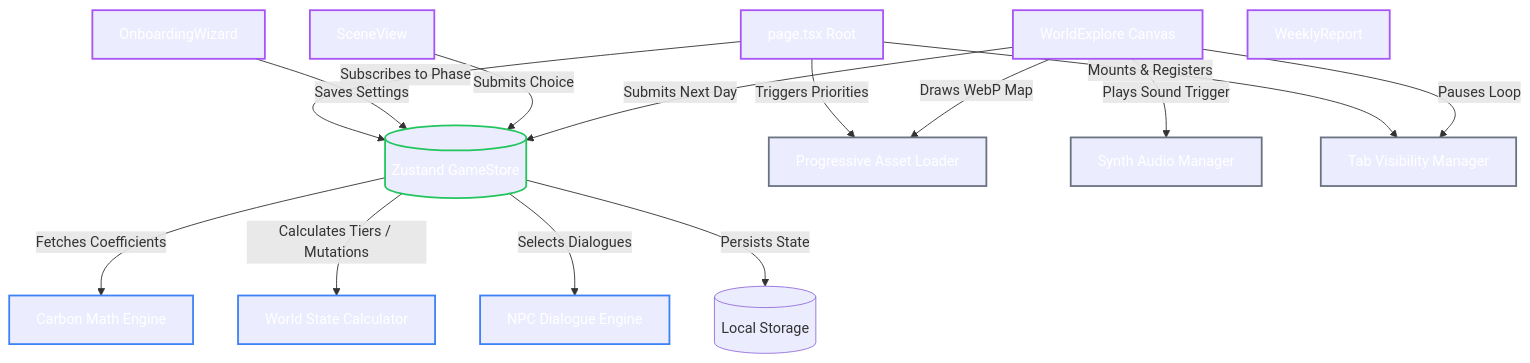
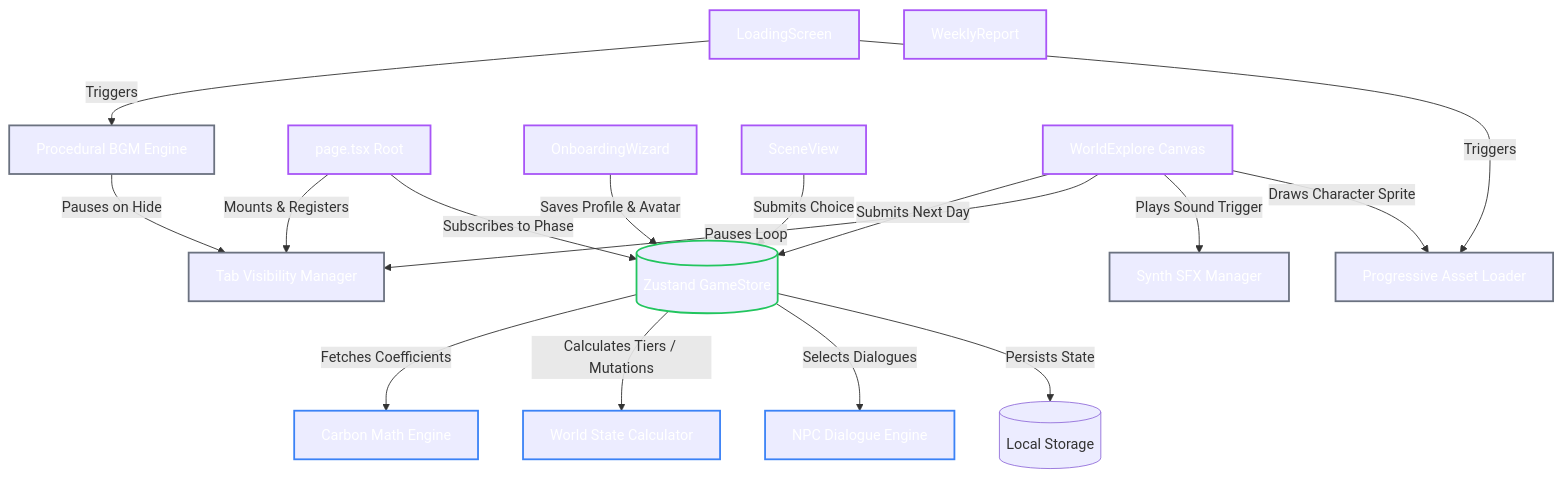
The diagram in README.md (NeuroKaran/PromptWar), drawn with Mermaid before and after one commit. The commit also changed other lines of this file, not shown here.

````diff
--- a/README.md
+++ b/README.md
@@ -18,43 +18,48 @@
 ```mermaid
 graph TD
     %% Define styles
     classDef store style:fill:#162c1c,stroke:#22c55e,stroke-width:2px,color:#fff;
     classDef engine style:fill:#1c2d3d,stroke:#3b82f6,stroke-width:2px,color:#fff;
     classDef view style:fill:#2d213d,stroke:#a855f7,stroke-width:2px,color:#fff;
     classDef utility style:fill:#2d2d2d,stroke:#6b7280,stroke-width:2px,color:#fff;
 
     %% Elements
     Store[(Zustand GameStore)]:::store
     CarbonMath[Carbon Math Engine]:::engine
     WorldState[World State Calculator]:::engine
     NPCEngine[NPC Dialogue Engine]:::engine
     AssetLoader[Progressive Asset Loader]:::utility
-    AudioManager[Synth Audio Manager]:::utility
+    AudioManager[Synth SFX Manager]:::utility
+    BGMEngine[Procedural BGM Engine]:::utility
     TabVisibility[Tab Visibility Manager]:::utility
 
     %% UI Components
     App[page.tsx Root]:::view
+    Loading[LoadingScreen]:::view
     Onboarding[OnboardingWizard]:::view
     SceneView[SceneView]:::view
     ExploreView[WorldExplore Canvas]:::view
     ReportView[WeeklyReport]:::view
 
     %% Interactions
     App -->|Mounts & Registers| TabVisibility
-    App -->|Triggers Priorities| AssetLoader
     App -->|Subscribes to Phase| Store
     
-    Onboarding -->|Saves Settings| Store
+    Loading -->|Triggers| BGMEngine
+    Loading -->|Triggers| AssetLoader
+    
+    Onboarding -->|Saves Profile & Avatar| Store
     SceneView -->|Submits Choice| Store
     ExploreView -->|Submits Next Day| Store
     
     Store -->|Fetches Coefficients| CarbonMath
     Store -->|Calculates Tiers / Mutations| WorldState
     Store -->|Selects Dialogues| NPCEngine
-    
     Store -->|Persists State| LocalStorage[(Local Storage)]
     
     ExploreView -->|Pauses Loop| TabVisibility
     ExploreView -->|Plays Sound Trigger| AudioManager
-    ExploreView -->|Draws WebP Map| AssetLoader
+    ExploreView -->|Draws Character Sprite| AssetLoader
+    
+    BGMEngine -->|Pauses on Hide| TabVisibility
 ```
````
